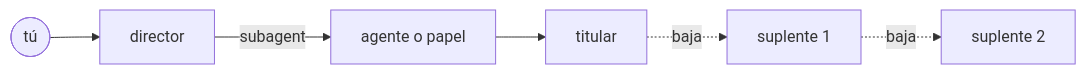
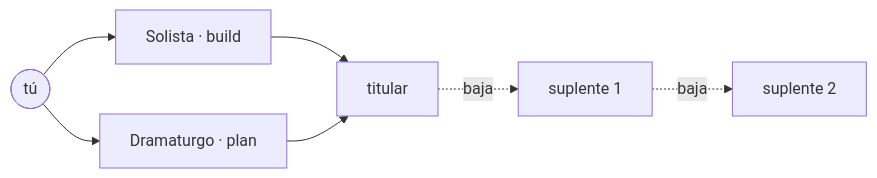
The diagram in README.md (JosueGalRe/reparto), drawn with Mermaid before and after one commit. The commit also changed other lines of this file and 8 other files, not shown here.

````diff
--- a/README.md
+++ b/README.md
@@ -11,8 +11,8 @@
 ```mermaid
 flowchart LR
-    tu([tú]) --> director
-    director -->|subagent| encargo[agente o papel]
-    encargo --> titular
+    tu([tú]) --> solista[Solista · build]
+    tu --> dramaturgo[Dramaturgo · plan]
+    solista & dramaturgo --> titular
     titular -.->|baja| suplente1[suplente 1]
     suplente1 -.->|baja| suplente2[suplente 2]
 ```
````
